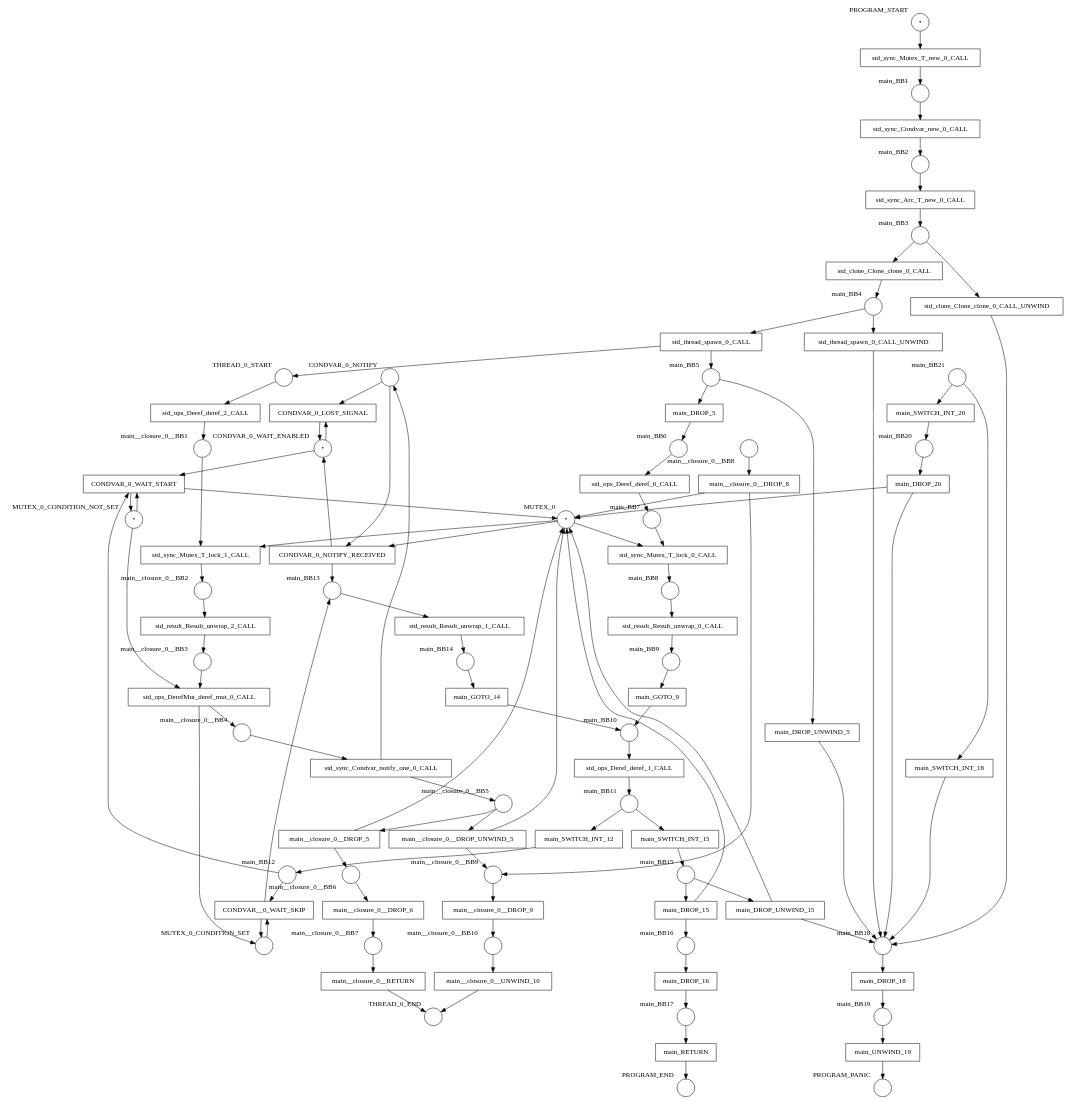
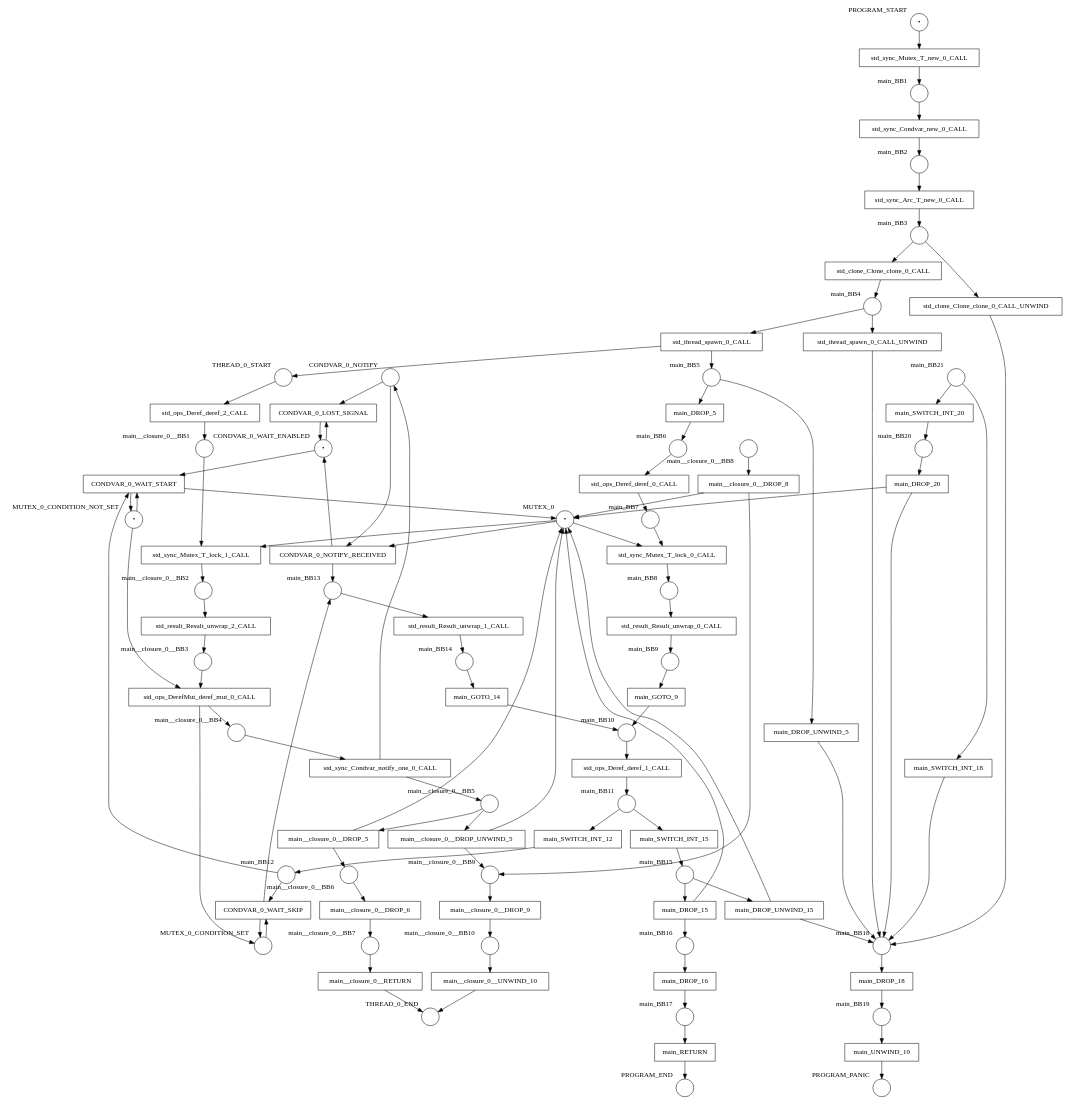
Before and after one commit to hlisdero/cargo-check-deadlock: the diagram in examples/results/condvar/wait/net.dot, drawn with Graphviz. The commit also changed 9 other files, not shown here.

Commit message:
Fix typo in condvar skip label

```diff
--- a/examples/results/condvar/wait/net.dot
+++ b/examples/results/condvar/wait/net.dot
@@ -1,192 +1,192 @@
 digraph petrinet {
     CONDVAR_0_NOTIFY [shape="circle" xlabel="CONDVAR_0_NOTIFY" label=""];
     CONDVAR_0_WAIT_ENABLED [shape="circle" xlabel="CONDVAR_0_WAIT_ENABLED" label="•"];
     MUTEX_0 [shape="circle" xlabel="MUTEX_0" label="•"];
     MUTEX_0_CONDITION_NOT_SET [shape="circle" xlabel="MUTEX_0_CONDITION_NOT_SET" label="•"];
     MUTEX_0_CONDITION_SET [shape="circle" xlabel="MUTEX_0_CONDITION_SET" label=""];
     PROGRAM_END [shape="circle" xlabel="PROGRAM_END" label=""];
     PROGRAM_PANIC [shape="circle" xlabel="PROGRAM_PANIC" label=""];
     PROGRAM_START [shape="circle" xlabel="PROGRAM_START" label="•"];
     THREAD_0_END [shape="circle" xlabel="THREAD_0_END" label=""];
     THREAD_0_START [shape="circle" xlabel="THREAD_0_START" label=""];
     main_BB1 [shape="circle" xlabel="main_BB1" label=""];
     main_BB10 [shape="circle" xlabel="main_BB10" label=""];
     main_BB11 [shape="circle" xlabel="main_BB11" label=""];
     main_BB12 [shape="circle" xlabel="main_BB12" label=""];
     main_BB13 [shape="circle" xlabel="main_BB13" label=""];
     main_BB14 [shape="circle" xlabel="main_BB14" label=""];
     main_BB15 [shape="circle" xlabel="main_BB15" label=""];
     main_BB16 [shape="circle" xlabel="main_BB16" label=""];
     main_BB17 [shape="circle" xlabel="main_BB17" label=""];
     main_BB18 [shape="circle" xlabel="main_BB18" label=""];
     main_BB19 [shape="circle" xlabel="main_BB19" label=""];
     main_BB2 [shape="circle" xlabel="main_BB2" label=""];
     main_BB20 [shape="circle" xlabel="main_BB20" label=""];
     main_BB21 [shape="circle" xlabel="main_BB21" label=""];
     main_BB3 [shape="circle" xlabel="main_BB3" label=""];
     main_BB4 [shape="circle" xlabel="main_BB4" label=""];
     main_BB5 [shape="circle" xlabel="main_BB5" label=""];
     main_BB6 [shape="circle" xlabel="main_BB6" label=""];
     main_BB7 [shape="circle" xlabel="main_BB7" label=""];
     main_BB8 [shape="circle" xlabel="main_BB8" label=""];
     main_BB9 [shape="circle" xlabel="main_BB9" label=""];
     main__closure_0__BB1 [shape="circle" xlabel="main__closure_0__BB1" label=""];
     main__closure_0__BB10 [shape="circle" xlabel="main__closure_0__BB10" label=""];
     main__closure_0__BB2 [shape="circle" xlabel="main__closure_0__BB2" label=""];
     main__closure_0__BB3 [shape="circle" xlabel="main__closure_0__BB3" label=""];
     main__closure_0__BB4 [shape="circle" xlabel="main__closure_0__BB4" label=""];
     main__closure_0__BB5 [shape="circle" xlabel="main__closure_0__BB5" label=""];
     main__closure_0__BB6 [shape="circle" xlabel="main__closure_0__BB6" label=""];
     main__closure_0__BB7 [shape="circle" xlabel="main__closure_0__BB7" label=""];
     main__closure_0__BB8 [shape="circle" xlabel="main__closure_0__BB8" label=""];
     main__closure_0__BB9 [shape="circle" xlabel="main__closure_0__BB9" label=""];
     CONDVAR_0_LOST_SIGNAL [shape="box" xlabel="" label="CONDVAR_0_LOST_SIGNAL"];
     CONDVAR_0_NOTIFY_RECEIVED [shape="box" xlabel="" label="CONDVAR_0_NOTIFY_RECEIVED"];
+    CONDVAR_0_WAIT_SKIP [shape="box" xlabel="" label="CONDVAR_0_WAIT_SKIP"];
     CONDVAR_0_WAIT_START [shape="box" xlabel="" label="CONDVAR_0_WAIT_START"];
-    CONDVAR__0_WAIT_SKIP [shape="box" xlabel="" label="CONDVAR__0_WAIT_SKIP"];
     main_DROP_15 [shape="box" xlabel="" label="main_DROP_15"];
     main_DROP_16 [shape="box" xlabel="" label="main_DROP_16"];
     main_DROP_18 [shape="box" xlabel="" label="main_DROP_18"];
     main_DROP_20 [shape="box" xlabel="" label="main_DROP_20"];
     main_DROP_5 [shape="box" xlabel="" label="main_DROP_5"];
     main_DROP_UNWIND_15 [shape="box" xlabel="" label="main_DROP_UNWIND_15"];
     main_DROP_UNWIND_5 [shape="box" xlabel="" label="main_DROP_UNWIND_5"];
     main_GOTO_14 [shape="box" xlabel="" label="main_GOTO_14"];
     main_GOTO_9 [shape="box" xlabel="" label="main_GOTO_9"];
     main_RETURN [shape="box" xlabel="" label="main_RETURN"];
     main_SWITCH_INT_12 [shape="box" xlabel="" label="main_SWITCH_INT_12"];
     main_SWITCH_INT_15 [shape="box" xlabel="" label="main_SWITCH_INT_15"];
     main_SWITCH_INT_18 [shape="box" xlabel="" label="main_SWITCH_INT_18"];
     main_SWITCH_INT_20 [shape="box" xlabel="" label="main_SWITCH_INT_20"];
     main_UNWIND_19 [shape="box" xlabel="" label="main_UNWIND_19"];
     main__closure_0__DROP_5 [shape="box" xlabel="" label="main__closure_0__DROP_5"];
     main__closure_0__DROP_6 [shape="box" xlabel="" label="main__closure_0__DROP_6"];
     main__closure_0__DROP_8 [shape="box" xlabel="" label="main__closure_0__DROP_8"];
     main__closure_0__DROP_9 [shape="box" xlabel="" label="main__closure_0__DROP_9"];
     main__closure_0__DROP_UNWIND_5 [shape="box" xlabel="" label="main__closure_0__DROP_UNWIND_5"];
     main__closure_0__RETURN [shape="box" xlabel="" label="main__closure_0__RETURN"];
     main__closure_0__UNWIND_10 [shape="box" xlabel="" label="main__closure_0__UNWIND_10"];
     std_clone_Clone_clone_0_CALL [shape="box" xlabel="" label="std_clone_Clone_clone_0_CALL"];
     std_clone_Clone_clone_0_CALL_UNWIND [shape="box" xlabel="" label="std_clone_Clone_clone_0_CALL_UNWIND"];
     std_ops_DerefMut_deref_mut_0_CALL [shape="box" xlabel="" label="std_ops_DerefMut_deref_mut_0_CALL"];
     std_ops_Deref_deref_0_CALL [shape="box" xlabel="" label="std_ops_Deref_deref_0_CALL"];
     std_ops_Deref_deref_1_CALL [shape="box" xlabel="" label="std_ops_Deref_deref_1_CALL"];
     std_ops_Deref_deref_2_CALL [shape="box" xlabel="" label="std_ops_Deref_deref_2_CALL"];
     std_result_Result_unwrap_0_CALL [shape="box" xlabel="" label="std_result_Result_unwrap_0_CALL"];
     std_result_Result_unwrap_1_CALL [shape="box" xlabel="" label="std_result_Result_unwrap_1_CALL"];
     std_result_Result_unwrap_2_CALL [shape="box" xlabel="" label="std_result_Result_unwrap_2_CALL"];
     std_sync_Arc_T_new_0_CALL [shape="box" xlabel="" label="std_sync_Arc_T_new_0_CALL"];
     std_sync_Condvar_new_0_CALL [shape="box" xlabel="" label="std_sync_Condvar_new_0_CALL"];
     std_sync_Condvar_notify_one_0_CALL [shape="box" xlabel="" label="std_sync_Condvar_notify_one_0_CALL"];
     std_sync_Mutex_T_lock_0_CALL [shape="box" xlabel="" label="std_sync_Mutex_T_lock_0_CALL"];
     std_sync_Mutex_T_lock_1_CALL [shape="box" xlabel="" label="std_sync_Mutex_T_lock_1_CALL"];
     std_sync_Mutex_T_new_0_CALL [shape="box" xlabel="" label="std_sync_Mutex_T_new_0_CALL"];
     std_thread_spawn_0_CALL [shape="box" xlabel="" label="std_thread_spawn_0_CALL"];
     std_thread_spawn_0_CALL_UNWIND [shape="box" xlabel="" label="std_thread_spawn_0_CALL_UNWIND"];
     CONDVAR_0_NOTIFY -> CONDVAR_0_LOST_SIGNAL;
     CONDVAR_0_NOTIFY -> CONDVAR_0_NOTIFY_RECEIVED;
     CONDVAR_0_WAIT_ENABLED -> CONDVAR_0_LOST_SIGNAL;
     CONDVAR_0_WAIT_ENABLED -> CONDVAR_0_WAIT_START;
     MUTEX_0 -> CONDVAR_0_NOTIFY_RECEIVED;
     MUTEX_0 -> std_sync_Mutex_T_lock_0_CALL;
     MUTEX_0 -> std_sync_Mutex_T_lock_1_CALL;
     MUTEX_0_CONDITION_NOT_SET -> CONDVAR_0_WAIT_START;
     MUTEX_0_CONDITION_NOT_SET -> std_ops_DerefMut_deref_mut_0_CALL;
-    MUTEX_0_CONDITION_SET -> CONDVAR__0_WAIT_SKIP;
+    MUTEX_0_CONDITION_SET -> CONDVAR_0_WAIT_SKIP;
     PROGRAM_START -> std_sync_Mutex_T_new_0_CALL;
     THREAD_0_START -> std_ops_Deref_deref_2_CALL;
     main_BB1 -> std_sync_Condvar_new_0_CALL;
     main_BB10 -> std_ops_Deref_deref_1_CALL;
     main_BB11 -> main_SWITCH_INT_12;
     main_BB11 -> main_SWITCH_INT_15;
+    main_BB12 -> CONDVAR_0_WAIT_SKIP;
     main_BB12 -> CONDVAR_0_WAIT_START;
-    main_BB12 -> CONDVAR__0_WAIT_SKIP;
     main_BB13 -> std_result_Result_unwrap_1_CALL;
     main_BB14 -> main_GOTO_14;
     main_BB15 -> main_DROP_15;
     main_BB15 -> main_DROP_UNWIND_15;
     main_BB16 -> main_DROP_16;
     main_BB17 -> main_RETURN;
     main_BB18 -> main_DROP_18;
     main_BB19 -> main_UNWIND_19;
     main_BB2 -> std_sync_Arc_T_new_0_CALL;
     main_BB20 -> main_DROP_20;
     main_BB21 -> main_SWITCH_INT_18;
     main_BB21 -> main_SWITCH_INT_20;
     main_BB3 -> std_clone_Clone_clone_0_CALL;
     main_BB3 -> std_clone_Clone_clone_0_CALL_UNWIND;
     main_BB4 -> std_thread_spawn_0_CALL;
     main_BB4 -> std_thread_spawn_0_CALL_UNWIND;
     main_BB5 -> main_DROP_5;
     main_BB5 -> main_DROP_UNWIND_5;
     main_BB6 -> std_ops_Deref_deref_0_CALL;
     main_BB7 -> std_sync_Mutex_T_lock_0_CALL;
     main_BB8 -> std_result_Result_unwrap_0_CALL;
     main_BB9 -> main_GOTO_9;
     main__closure_0__BB1 -> std_sync_Mutex_T_lock_1_CALL;
     main__closure_0__BB10 -> main__closure_0__UNWIND_10;
     main__closure_0__BB2 -> std_result_Result_unwrap_2_CALL;
     main__closure_0__BB3 -> std_ops_DerefMut_deref_mut_0_CALL;
     main__closure_0__BB4 -> std_sync_Condvar_notify_one_0_CALL;
     main__closure_0__BB5 -> main__closure_0__DROP_5;
     main__closure_0__BB5 -> main__closure_0__DROP_UNWIND_5;
     main__closure_0__BB6 -> main__closure_0__DROP_6;
     main__closure_0__BB7 -> main__closure_0__RETURN;
     main__closure_0__BB8 -> main__closure_0__DROP_8;
     main__closure_0__BB9 -> main__closure_0__DROP_9;
     CONDVAR_0_LOST_SIGNAL -> CONDVAR_0_WAIT_ENABLED;
     CONDVAR_0_NOTIFY_RECEIVED -> CONDVAR_0_WAIT_ENABLED;
     CONDVAR_0_NOTIFY_RECEIVED -> main_BB13;
+    CONDVAR_0_WAIT_SKIP -> MUTEX_0_CONDITION_SET;
+    CONDVAR_0_WAIT_SKIP -> main_BB13;
     CONDVAR_0_WAIT_START -> MUTEX_0;
     CONDVAR_0_WAIT_START -> MUTEX_0_CONDITION_NOT_SET;
-    CONDVAR__0_WAIT_SKIP -> MUTEX_0_CONDITION_SET;
-    CONDVAR__0_WAIT_SKIP -> main_BB13;
     main_DROP_15 -> MUTEX_0;
     main_DROP_15 -> main_BB16;
     main_DROP_16 -> main_BB17;
     main_DROP_18 -> main_BB19;
     main_DROP_20 -> MUTEX_0;
     main_DROP_20 -> main_BB18;
     main_DROP_5 -> main_BB6;
     main_DROP_UNWIND_15 -> MUTEX_0;
     main_DROP_UNWIND_15 -> main_BB18;
     main_DROP_UNWIND_5 -> main_BB18;
     main_GOTO_14 -> main_BB10;
     main_GOTO_9 -> main_BB10;
     main_RETURN -> PROGRAM_END;
     main_SWITCH_INT_12 -> main_BB12;
     main_SWITCH_INT_15 -> main_BB15;
     main_SWITCH_INT_18 -> main_BB18;
     main_SWITCH_INT_20 -> main_BB20;
     main_UNWIND_19 -> PROGRAM_PANIC;
     main__closure_0__DROP_5 -> MUTEX_0;
     main__closure_0__DROP_5 -> main__closure_0__BB6;
     main__closure_0__DROP_6 -> main__closure_0__BB7;
     main__closure_0__DROP_8 -> MUTEX_0;
     main__closure_0__DROP_8 -> main__closure_0__BB9;
     main__closure_0__DROP_9 -> main__closure_0__BB10;
     main__closure_0__DROP_UNWIND_5 -> MUTEX_0;
     main__closure_0__DROP_UNWIND_5 -> main__closure_0__BB9;
     main__closure_0__RETURN -> THREAD_0_END;
     main__closure_0__UNWIND_10 -> THREAD_0_END;
     std_clone_Clone_clone_0_CALL -> main_BB4;
     std_clone_Clone_clone_0_CALL_UNWIND -> main_BB18;
     std_ops_DerefMut_deref_mut_0_CALL -> MUTEX_0_CONDITION_SET;
     std_ops_DerefMut_deref_mut_0_CALL -> main__closure_0__BB4;
     std_ops_Deref_deref_0_CALL -> main_BB7;
     std_ops_Deref_deref_1_CALL -> main_BB11;
     std_ops_Deref_deref_2_CALL -> main__closure_0__BB1;
     std_result_Result_unwrap_0_CALL -> main_BB9;
     std_result_Result_unwrap_1_CALL -> main_BB14;
     std_result_Result_unwrap_2_CALL -> main__closure_0__BB3;
     std_sync_Arc_T_new_0_CALL -> main_BB3;
     std_sync_Condvar_new_0_CALL -> main_BB2;
     std_sync_Condvar_notify_one_0_CALL -> CONDVAR_0_NOTIFY;
     std_sync_Condvar_notify_one_0_CALL -> main__closure_0__BB5;
     std_sync_Mutex_T_lock_0_CALL -> main_BB8;
     std_sync_Mutex_T_lock_1_CALL -> main__closure_0__BB2;
     std_sync_Mutex_T_new_0_CALL -> main_BB1;
     std_thread_spawn_0_CALL -> THREAD_0_START;
     std_thread_spawn_0_CALL -> main_BB5;
     std_thread_spawn_0_CALL_UNWIND -> main_BB18;
 }
```
